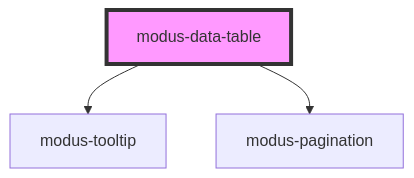
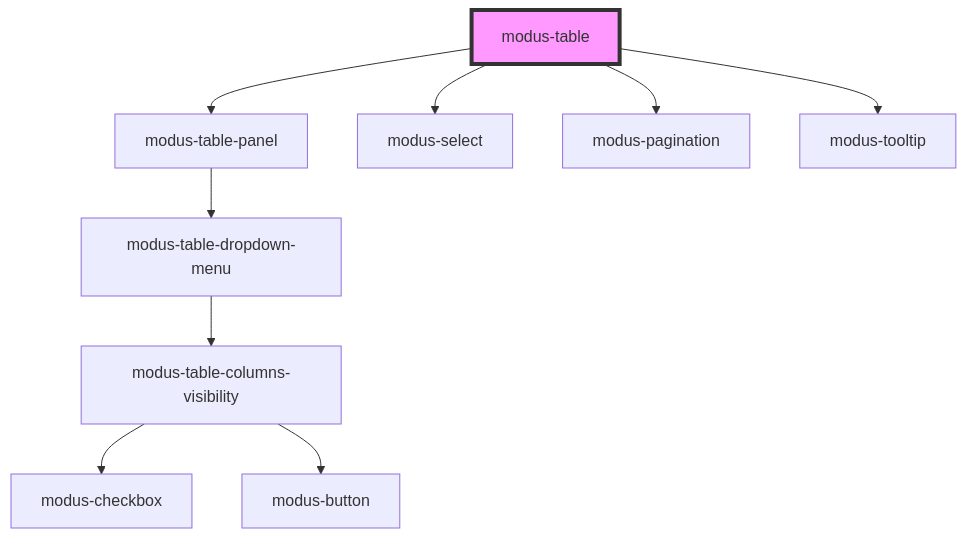
Before and after one commit to trimble-oss/modus-web-components: the diagram in stencil-workspace/src/components/modus-table/readme.md, drawn with Mermaid. The commit also changed other lines of this file and 11 other files, not shown here.

````diff
--- a/stencil-workspace/src/components/modus-table/readme.md
+++ b/stencil-workspace/src/components/modus-table/readme.md
@@ -60,6 +76,12 @@
 ```mermaid
 graph TD;
-  modus-data-table --> modus-tooltip
-  modus-data-table --> modus-pagination
-  style modus-data-table fill:#f9f,stroke:#333,stroke-width:4px
+  modus-table --> modus-table-panel
+  modus-table --> modus-select
+  modus-table --> modus-pagination
+  modus-table --> modus-tooltip
+  modus-table-panel --> modus-table-dropdown-menu
+  modus-table-dropdown-menu --> modus-table-columns-visibility
+  modus-table-columns-visibility --> modus-checkbox
+  modus-table-columns-visibility --> modus-button
+  style modus-table fill:#f9f,stroke:#333,stroke-width:4px
 ```
````
